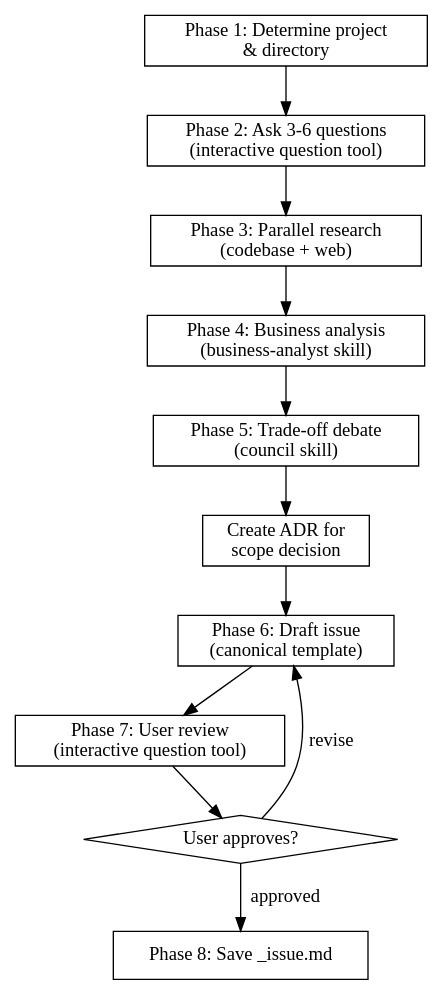
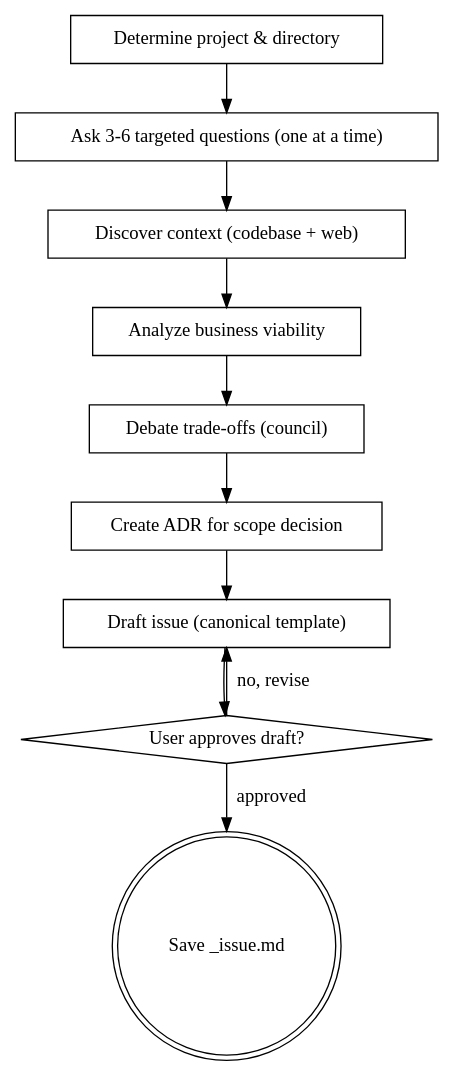
One commit to compozy/compozy changed the diagram in skills/cy-create-issue/SKILL.md. Above: the diagram before and after it, drawn with Graphviz. The commit also changed other lines of this file and 3 other files, not shown here.

First line of the commit message:
refactor: align cy-create-issue structure with existing cy-* skill conventions

````diff
--- a/skills/cy-create-issue/SKILL.md
+++ b/skills/cy-create-issue/SKILL.md
@@ -198,28 +152,23 @@
 ```dot
 digraph create_issue {
-    rankdir=TB;
-    node [shape=box];
+    "Determine project & directory" [shape=box];
+    "Ask 3-6 targeted questions (one at a time)" [shape=box];
+    "Discover context (codebase + web)" [shape=box];
+    "Analyze business viability" [shape=box];
+    "Debate trade-offs (council)" [shape=box];
+    "Create ADR for scope decision" [shape=box];
+    "Draft issue (canonical template)" [shape=box];
+    "User approves draft?" [shape=diamond];
+    "Save _issue.md" [shape=doublecircle];
 
-    setup [label="Phase 1: Determine project\n& directory"];
-    questions [label="Phase 2: Ask 3-6 questions\n(interactive question tool)"];
-    research [label="Phase 3: Parallel research\n(codebase + web)"];
-    business [label="Phase 4: Business analysis\n(business-analyst skill)"];
-    council [label="Phase 5: Trade-off debate\n(council skill)"];
-    adr [label="Create ADR for\nscope decision"];
-    draft [label="Phase 6: Draft issue\n(canonical template)"];
-    review [label="Phase 7: User review\n(interactive question tool)"];
-    approved [label="User approves?" shape=diamond];
-    save [label="Phase 8: Save _issue.md"];
-
-    setup -> questions;
-    questions -> research;
-    research -> business;
-    business -> council;
-    council -> adr;
-    adr -> draft;
-    draft -> review;
-    review -> approved;
-    approved -> draft [label="revise"];
-    approved -> save [label="approved"];
+    "Determine project & directory" -> "Ask 3-6 targeted questions (one at a time)";
+    "Ask 3-6 targeted questions (one at a time)" -> "Discover context (codebase + web)";
+    "Discover context (codebase + web)" -> "Analyze business viability";
+    "Analyze business viability" -> "Debate trade-offs (council)";
+    "Debate trade-offs (council)" -> "Create ADR for scope decision";
+    "Create ADR for scope decision" -> "Draft issue (canonical template)";
+    "Draft issue (canonical template)" -> "User approves draft?";
+    "User approves draft?" -> "Draft issue (canonical template)" [label="no, revise"];
+    "User approves draft?" -> "Save _issue.md" [label="approved"];
 }
 ```
````
